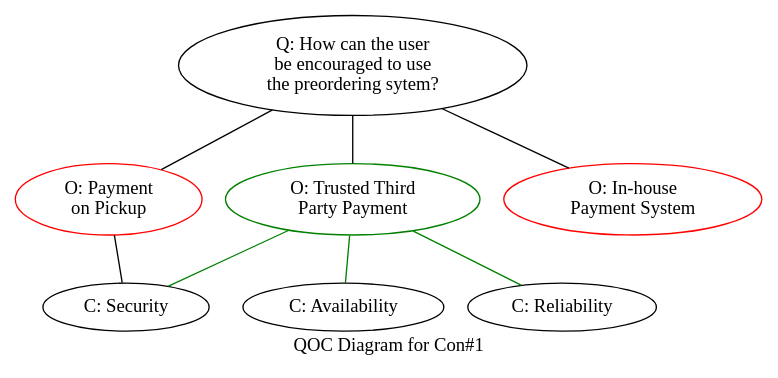
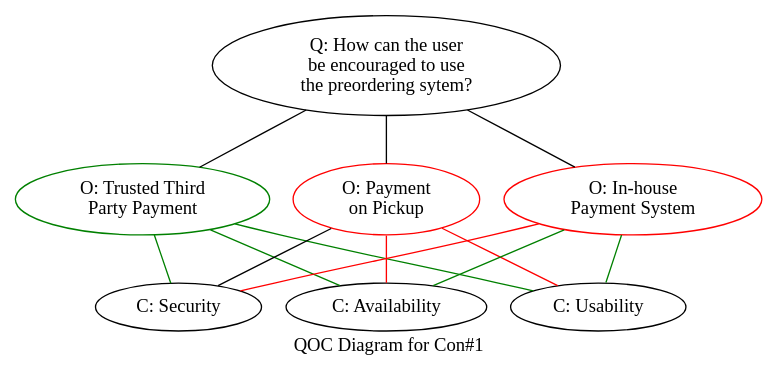
The tenth of 10 diagrams in ass1-revisited.org (gebrek/sod-rev), drawn with Graphviz before and after one commit. The commit also changed other lines of this file, not shown here.

```diff
--- a/ass1-revisited.org
+++ b/ass1-revisited.org
@@ -730,20 +737,23 @@
     #+BEGIN_SRC dot :file res/qoc_01.png :tangle res/qoc_01.dot
     graph G {
             label="QOC Diagram for Con#1"
 	    Question [label="Q: How can the user\nbe encouraged to use\nthe preordering sytem?"];
 	    node [color=green]
 	    Option1 [label="O: Trusted Third\nParty Payment"]
 	    node [color=red]
 	    Option2 [label="O: Payment\non Pickup"];
 	    Option3 [label="O: In-house\nPayment System"];
 	    {rank=same Option1, Option2, Option3}
 	    node [color=black]
 	    Criterion1 [label="C: Security"];
 	    Criterion2 [label="C: Availability"];
-	    Criterion3 [label="C: Reliability"];
+	    Criterion3 [label="C: Usability"];
 	    {rank=same Criterion1, Criterion2, Criterion3}
 	    Question--{Option1, Option2, Option3};
 	    Option1--{Criterion1, Criterion2, Criterion3} [color=green];
 	    Option2--{Criterion1}
+	    Option2--{Criterion2, Criterion3} [color=red];
+	    Option3--{Criterion1} [color=red];
+	    Option3--{Criterion2, Criterion3} [color=green];
     }
     #+END_SRC
```
